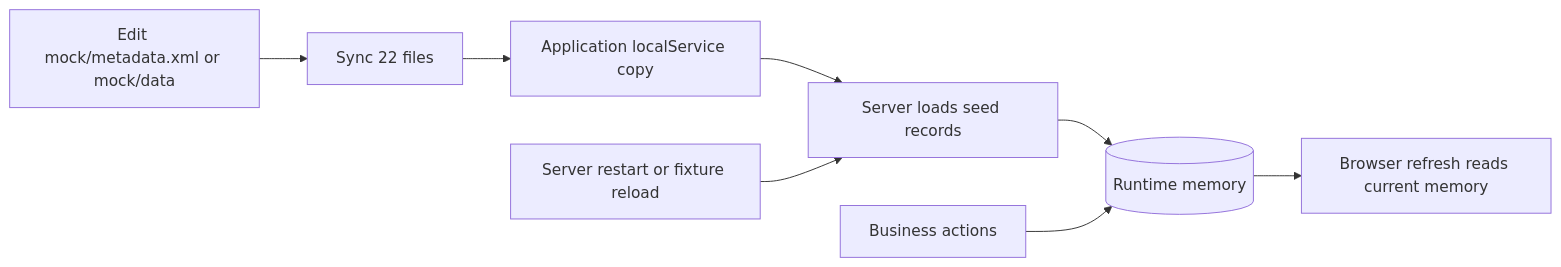
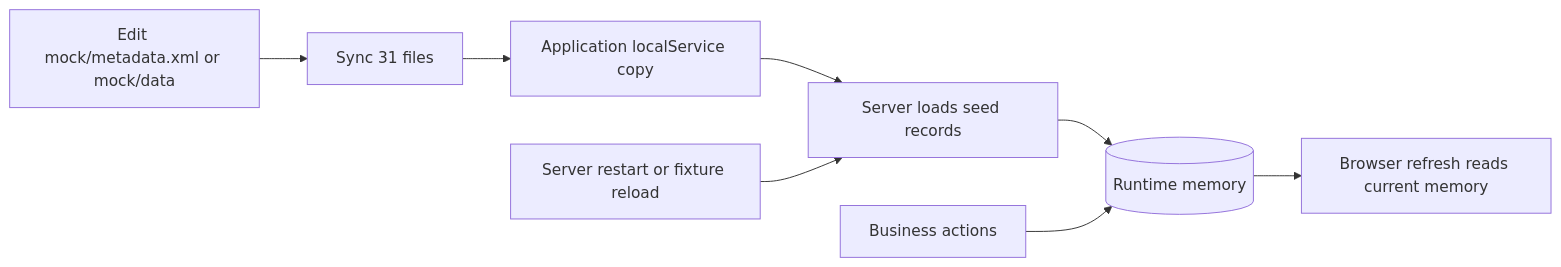
Before and after one commit to MMuneeb17/SAP-IT-OPERATIONS: the second of 14 diagrams in PROJECT_ARCHITECTURE_AND_WORKFLOW.md, drawn with Mermaid. The commit also changed other lines of this file and 50 other files, not shown here.

````diff
--- a/PROJECT_ARCHITECTURE_AND_WORKFLOW.md
+++ b/PROJECT_ARCHITECTURE_AND_WORKFLOW.md
@@ -130,10 +131,10 @@
 ```mermaid
 flowchart LR
-  Edit[Edit mock/metadata.xml or mock/data] --> Sync[Sync 22 files]
+  Edit[Edit mock/metadata.xml or mock/data] --> Sync[Sync 31 files]
   Sync --> Local[Application localService copy]
   Local --> Load[Server loads seed records]
   Load --> Runtime[(Runtime memory)]
   Actions[Business actions] --> Runtime
   Runtime --> Refresh[Browser refresh reads current memory]
   Restart[Server restart or fixture reload] --> Load
 ```
````
